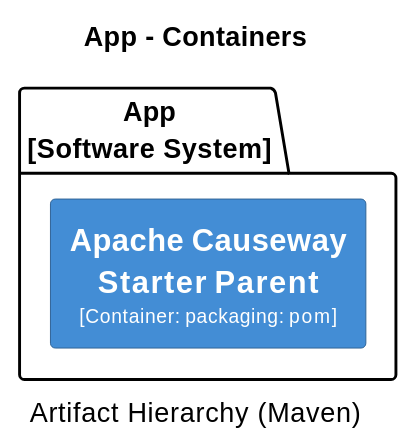
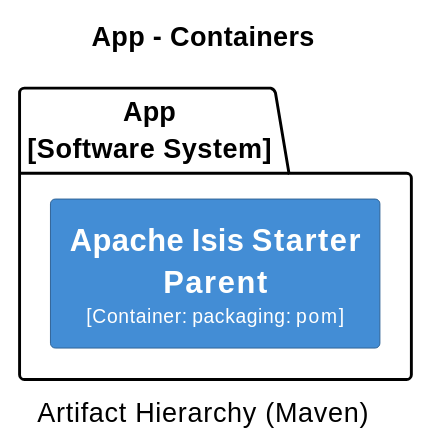
One commit to Supermajestcd/XMP--toolkits changed the first of 32 diagrams in core/adoc/modules/_overview/pages/about.adoc. Above: the diagram before and after it, drawn with PlantUML. The commit also changed other lines of this file and 13599 other files, not shown here.

```diff
--- a/core/adoc/modules/_overview/pages/about.adoc
+++ b/core/adoc/modules/_overview/pages/about.adoc
@@ -8,25 +8,25 @@
 [plantuml,App,svg]
 ----
 @startuml(id=App)
 title App - Containers
 caption Artifact Hierarchy (Maven)
 
 skinparam {
   shadowing false
   arrowFontSize 10
   defaultTextAlignment center
   wrapWidth 200
   maxMessageSize 100
 }
 hide stereotype
 left to right direction
 skinparam rectangle<<2>> {
   BackgroundColor #438dd5
   FontColor #fffffe
   BorderColor #2E6295
 }
 package "App\n[Software System]" {
-  rectangle "==Apache Causeway Starter Parent\n<size:10>[Container: packaging: pom]</size>" <<2>> as 2
+  rectangle "==Apache Isis Starter Parent\n<size:10>[Container: packaging: pom]</size>" <<2>> as 2
 }
 @enduml
 ----
```
